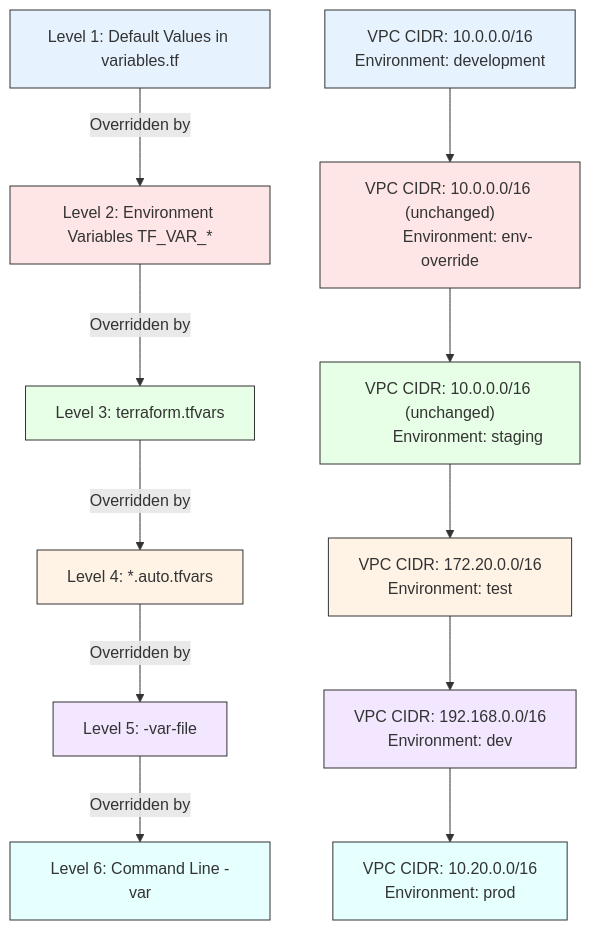
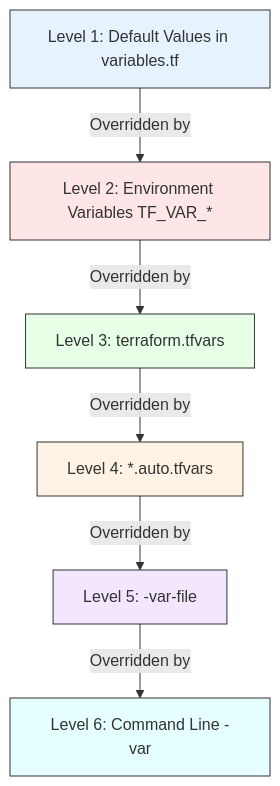
Before and after one commit to SubbuTechOps/terraform: the diagram in variables/Variable-Precedence-Guide.md, drawn with Mermaid.

````diff
--- a/variables/Variable-Precedence-Guide.md
+++ b/variables/Variable-Precedence-Guide.md
@@ -157,36 +157,16 @@
 ```mermaid
 flowchart TB
     L1[Level 1: Default Values in variables.tf] --> |Overridden by| L2
     L2[Level 2: Environment Variables TF_VAR_*] --> |Overridden by| L3
     L3[Level 3: terraform.tfvars] --> |Overridden by| L4
     L4[Level 4: *.auto.tfvars] --> |Overridden by| L5
     L5[Level 5: -var-file] --> |Overridden by| L6
     L6[Level 6: Command Line -var]
     
-    V1["VPC CIDR: 10.0.0.0/16
-        Environment: development"] --> V2
-    V2["VPC CIDR: 10.0.0.0/16 (unchanged)
-        Environment: env-override"] --> V3
-    V3["VPC CIDR: 10.0.0.0/16 (unchanged)
-        Environment: staging"] --> V4
-    V4["VPC CIDR: 172.20.0.0/16
-        Environment: test"] --> V5
-    V5["VPC CIDR: 192.168.0.0/16
-        Environment: dev"] --> V6
-    V6["VPC CIDR: 10.20.0.0/16
-        Environment: prod"]
-        
     style L1 fill:#e6f3ff,stroke:#333
     style L2 fill:#ffe6e6,stroke:#333
     style L3 fill:#e6ffe6,stroke:#333
     style L4 fill:#fff3e6,stroke:#333
     style L5 fill:#f3e6ff,stroke:#333
     style L6 fill:#e6ffff,stroke:#333
-    
-    style V1 fill:#e6f3ff,stroke:#333
-    style V2 fill:#ffe6e6,stroke:#333
-    style V3 fill:#e6ffe6,stroke:#333
-    style V4 fill:#fff3e6,stroke:#333
-    style V5 fill:#f3e6ff,stroke:#333
-    style V6 fill:#e6ffff,stroke:#333
 ```
````
